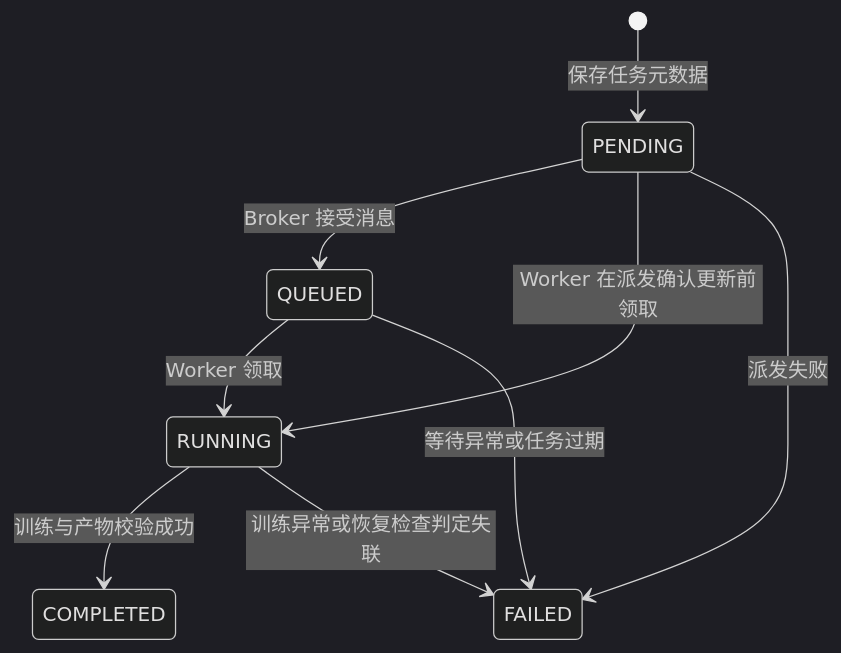
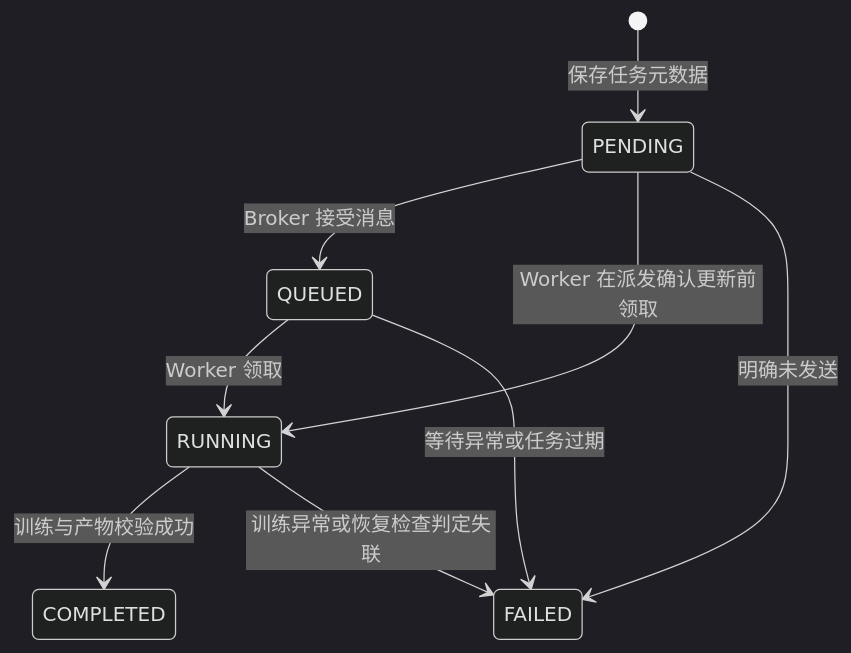
The second of 2 diagrams in docs/architecture.md (Highsun/LLMCloud), drawn with Mermaid (dark theme) before and after one commit. The commit also changed other lines of this file and 10 other files, not shown here.

````diff
--- a/docs/architecture.md
+++ b/docs/architecture.md
@@ -101,11 +104,11 @@
 ```mermaid
 stateDiagram-v2
     [*] --> PENDING: 保存任务元数据
     PENDING --> QUEUED: Broker 接受消息
     PENDING --> RUNNING: Worker 在派发确认更新前领取
-    PENDING --> FAILED: 派发失败
+    PENDING --> FAILED: 明确未发送
     QUEUED --> RUNNING: Worker 领取
     QUEUED --> FAILED: 等待异常或任务过期
     RUNNING --> COMPLETED: 训练与产物校验成功
     RUNNING --> FAILED: 训练异常或恢复检查判定失联
 ```
````
